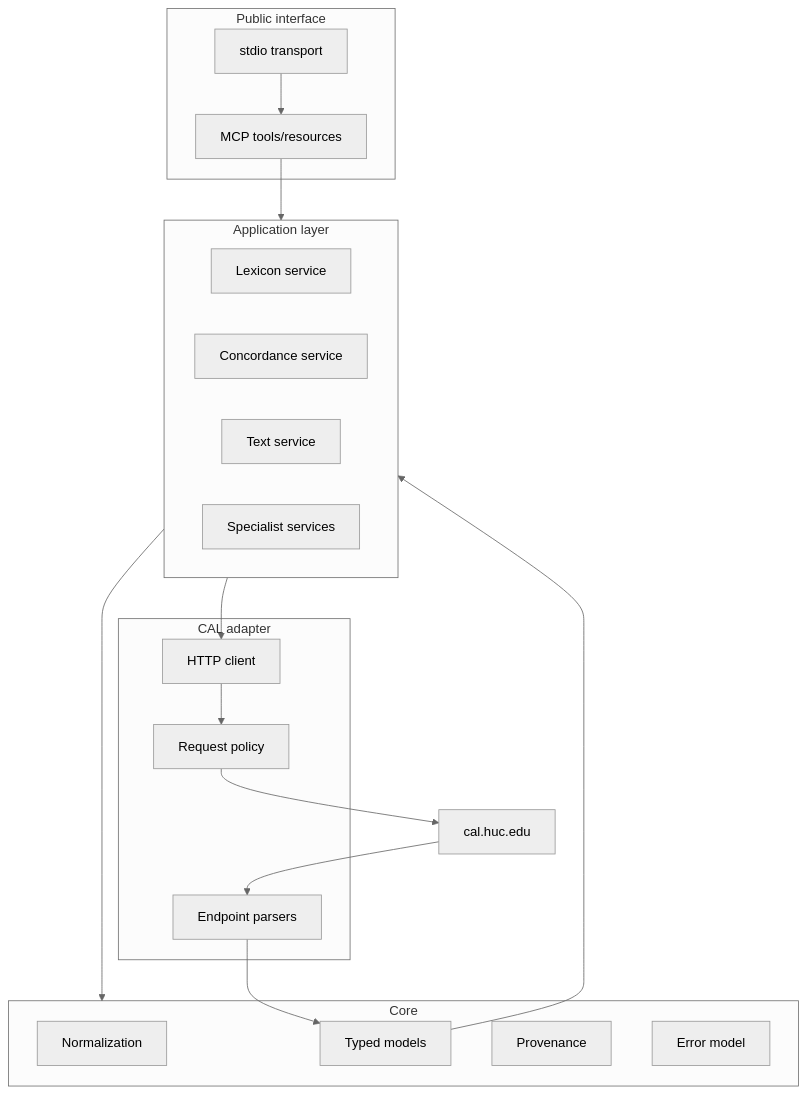
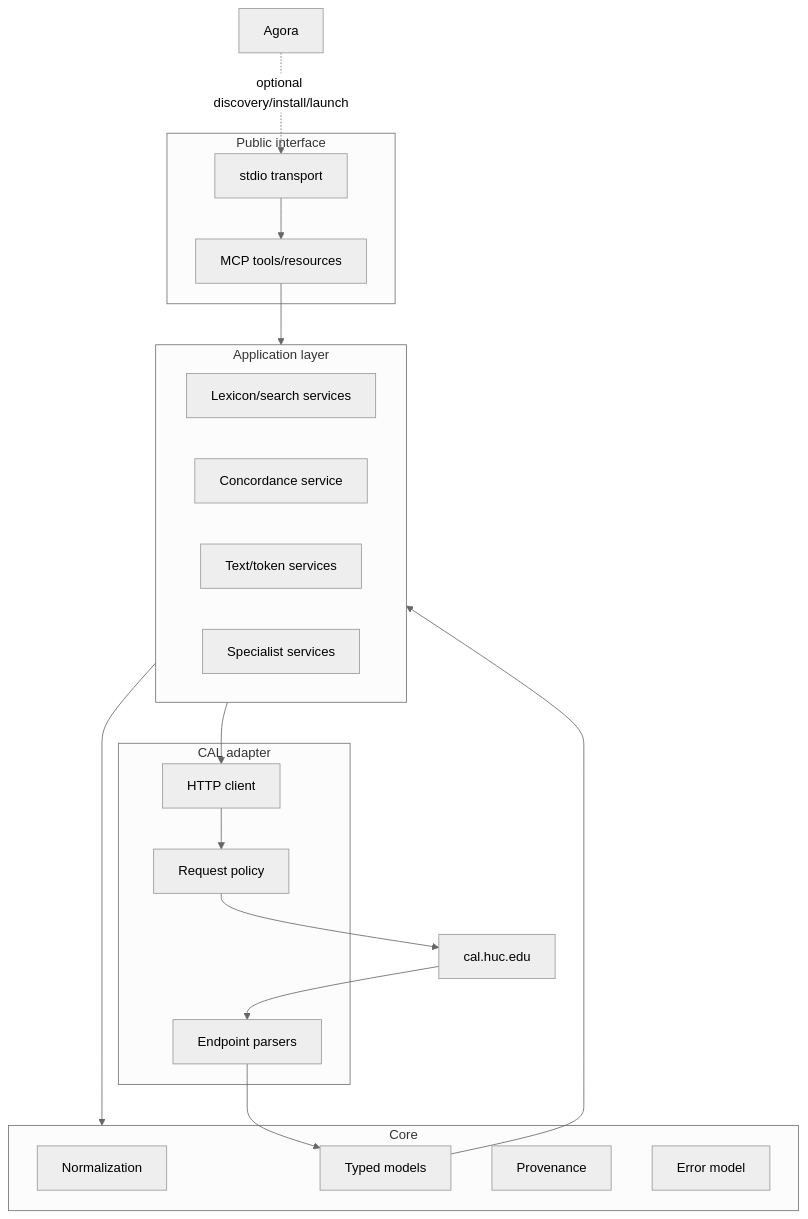
The first of 2 diagrams in plan.md (alexsosn/CAL-MCP), drawn with Mermaid (neutral theme) before and after one commit. The commit also changed other lines of this file, not shown here.

````diff
--- a/plan.md
+++ b/plan.md
@@ -20,39 +21,41 @@
 ```mermaid
 flowchart TB
     subgraph Public[Public interface]
       T[MCP tools/resources]
       TR[stdio transport]
     end
 
     subgraph App[Application layer]
-      LS[Lexicon service]
+      LS[Lexicon/search services]
       CS[Concordance service]
-      TS[Text service]
+      TS[Text/token services]
       SS[Specialist services]
     end
 
     subgraph Core[Core]
       NM[Normalization]
       DM[Typed models]
       PV[Provenance]
       ER[Error model]
     end
 
     subgraph Upstream[CAL adapter]
       HC[HTTP client]
       RP[Request policy]
       PA[Endpoint parsers]
     end
 
     CAL[cal.huc.edu]
+    A[Agora]
 
     TR --> T
     T --> App
     App --> Core
     App --> HC
     HC --> RP
     RP --> CAL
     CAL --> PA
     PA --> DM
     DM --> App
+    A -. optional discovery/install/launch .-> TR
 ```
````
